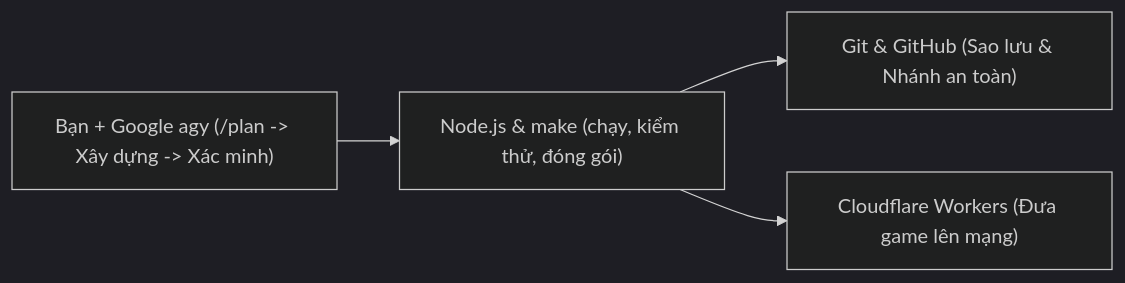
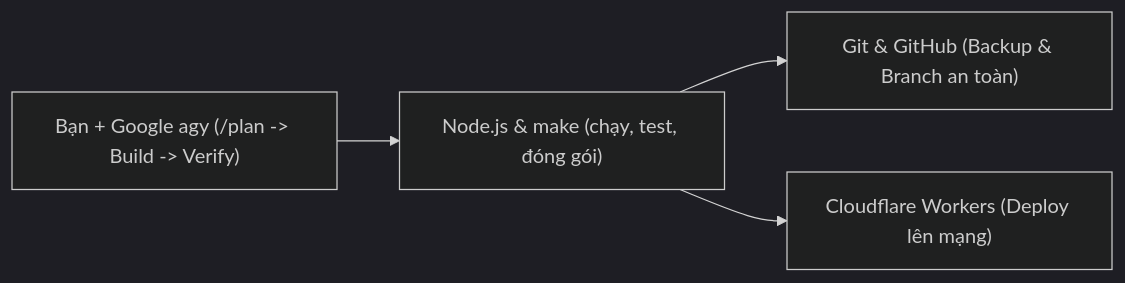
The diagram in courses/day-04-dev-tools-and-ai-agents/README.vi.md (vuhung16au/gemini-games), drawn with Mermaid (dark theme) before and after one commit. The commit also changed other lines of this file and 29 other files, not shown here.

````diff
--- a/courses/day-04-dev-tools-and-ai-agents/README.vi.md
+++ b/courses/day-04-dev-tools-and-ai-agents/README.vi.md
@@ -12,6 +12,6 @@
 ```mermaid
 flowchart LR
-  Dev["Bạn + Google agy (/plan -> Xây dựng -> Xác minh)"] --> Local["Node.js & make (chạy, kiểm thử, đóng gói)"]
-  Local --> Git["Git & GitHub (Sao lưu & Nhánh an toàn)"]
-  Local --> CF["Cloudflare Workers (Đưa game lên mạng)"]
+  Dev["Bạn + Google agy (/plan -> Build -> Verify)"] --> Local["Node.js & make (chạy, test, đóng gói)"]
+  Local --> Git["Git & GitHub (Backup & Branch an toàn)"]
+  Local --> CF["Cloudflare Workers (Deploy lên mạng)"]
 ```
````
